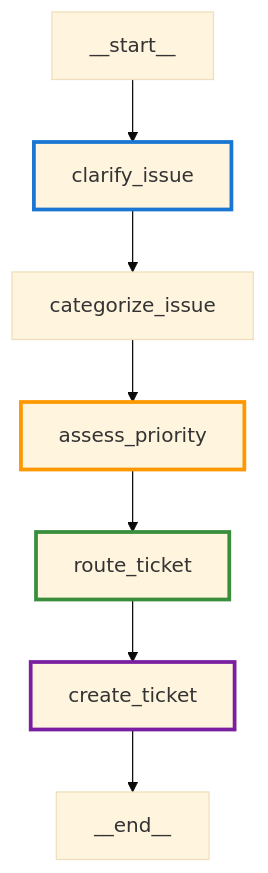
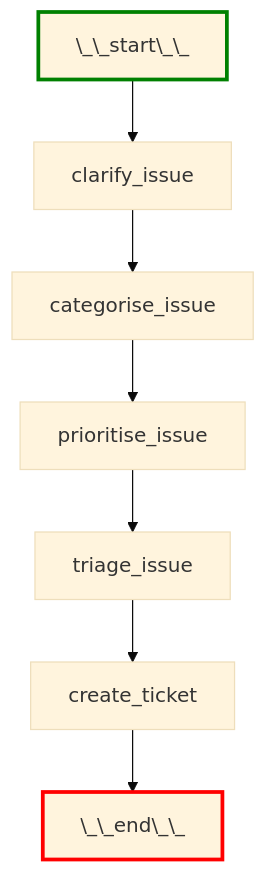
One commit to dextersjab/agentic-workbench-langgraph changed the second of 6 diagrams in README.md. Above: the diagram before and after it, drawn with Mermaid (base theme). The commit also changed 2 other files, not shown here.

Commit message:
better langgraph diagram + fix non-streaming response

````diff
--- a/README.md
+++ b/README.md
@@ -133,14 +133,12 @@
 ```mermaid
 graph TD
-    __start__ --> clarify_issue
-    clarify_issue --> categorize_issue
-    categorize_issue --> assess_priority
-    assess_priority --> route_ticket
-    route_ticket --> create_ticket
-    create_ticket --> __end__
+    __start__["\_\_start\_\_"] --> clarify_issue
+    clarify_issue --> categorise_issue
+    categorise_issue --> prioritise_issue
+    prioritise_issue --> triage_issue
+    triage_issue --> create_ticket
+    create_ticket --> __end__["\_\_end\_\_"]
     
-    style clarify_issue stroke:#1976d2,stroke-width:3px
-    style assess_priority stroke:#ff9800,stroke-width:3px
-    style route_ticket stroke:#388e3c,stroke-width:3px
-    style create_ticket stroke:#7b1fa2,stroke-width:3px
+    style __start__ stroke:green,stroke-width:3px
+    style __end__ stroke:red,stroke-width:3px
 ```
````
